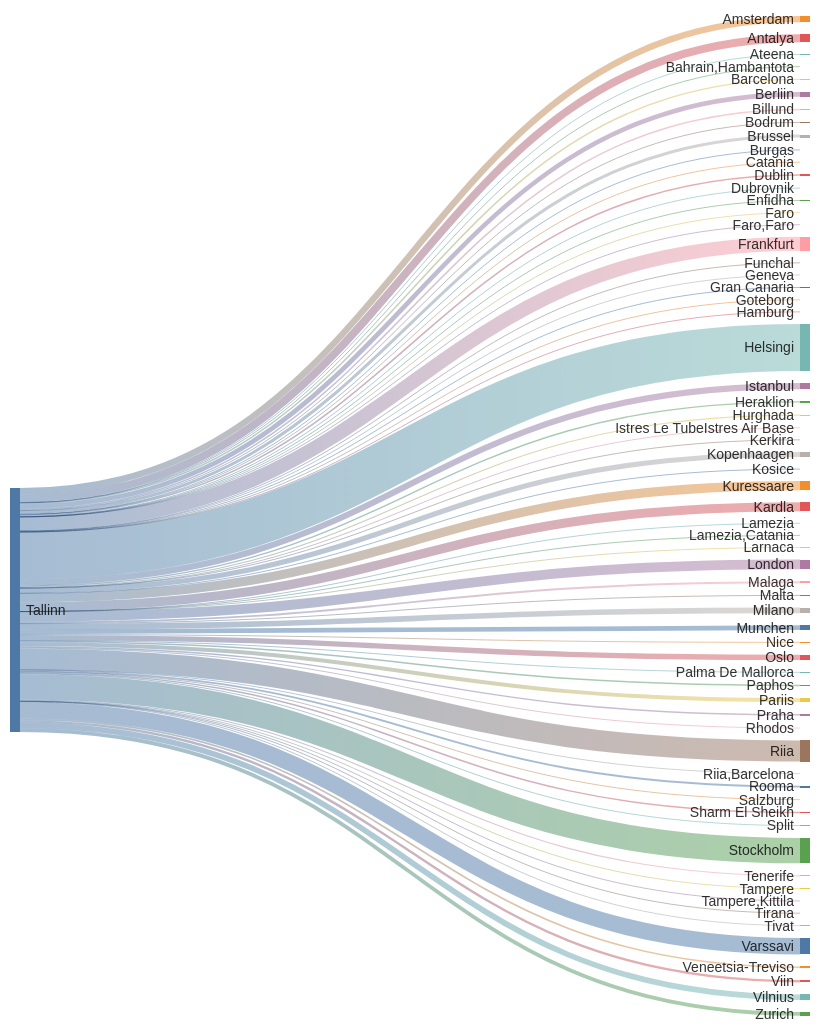
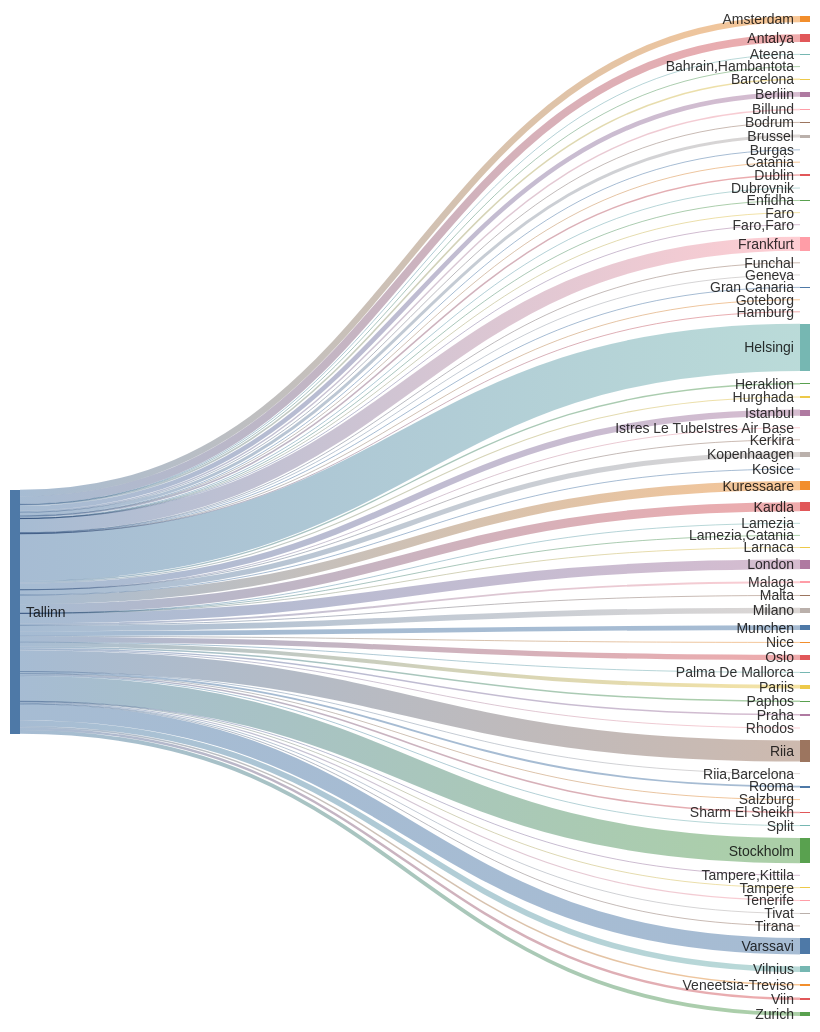
One commit to rainermesi/tll-airport-departures changed the second of 2 diagrams in README.md. Above: the diagram before and after it, drawn with Mermaid. The commit also changed other lines of this file, not shown here.

````diff
--- a/README.md
+++ b/README.md
@@ -34,77 +34,77 @@
 ```mermaid
 ---
 config:
   sankey:
     showValues: false
     width: 800
     height: 1000
 ---
 sankey-beta
 %% source,target,value
-Tallinn,Amsterdam,217
+Tallinn,Amsterdam,218
 Tallinn,Antalya,264
 Tallinn,Ateena,16
 Tallinn,"Bahrain,Hambantota",1
-Tallinn,Barcelona,50
+Tallinn,Barcelona,51
 Tallinn,Berliin,158
 Tallinn,Billund,49
 Tallinn,Bodrum,11
 Tallinn,Brussel,101
 Tallinn,Burgas,21
 Tallinn,Catania,2
 Tallinn,Dublin,52
 Tallinn,Dubrovnik,21
 Tallinn,Enfidha,7
 Tallinn,Faro,4
 Tallinn,"Faro,Faro",1
-Tallinn,Frankfurt,473
+Tallinn,Frankfurt,475
 Tallinn,Funchal,5
 Tallinn,Geneva,5
 Tallinn,Gran Canaria,25
 Tallinn,Goteborg,1
 Tallinn,Hamburg,1
-Tallinn,Helsingi,1594
+Tallinn,Helsingi,1603
 Tallinn,Heraklion,46
 Tallinn,Hurghada,37
-Tallinn,Istanbul,208
+Tallinn,Istanbul,209
 Tallinn,Istres Le TubeIstres Air Base,2
 Tallinn,Kerkira,4
 Tallinn,Kopenhaagen,175
 Tallinn,Kosice,1
-Tallinn,Kuressaare,307
-Tallinn,Kardla,307
+Tallinn,Kuressaare,309
+Tallinn,Kardla,309
 Tallinn,Lamezia,1
 Tallinn,"Lamezia,Catania",3
 Tallinn,Larnaca,4
-Tallinn,London,329
+Tallinn,London,331
 Tallinn,Malaga,64
 Tallinn,Malta,15
-Tallinn,Milano,191
-Tallinn,Munchen,159
+Tallinn,Milano,192
+Tallinn,Munchen,160
 Tallinn,Nice,25
 Tallinn,Oslo,180
 Tallinn,Palma De Mallorca,19
 Tallinn,Paphos,51
 Tallinn,Pariis,133
 Tallinn,Praha,49
 Tallinn,Rhodos,32
-Tallinn,Riia,713
+Tallinn,Riia,716
 Tallinn,"Riia,Barcelona",1
 Tallinn,Rooma,64
 Tallinn,Salzburg,6
-Tallinn,Sharm El Sheikh,51
+Tallinn,Sharm El Sheikh,53
 Tallinn,Split,25
-Tallinn,Stockholm,854
+Tallinn,Stockholm,856
 Tallinn,Tampere,17
 Tallinn,"Tampere,Kittila",6
 Tallinn,Tenerife,38
 Tallinn,Tirana,8
 Tallinn,Tivat,26
-Tallinn,Varssavi,551
+Tallinn,Varssavi,554
 Tallinn,Veneetsia-Treviso,52
 Tallinn,Viin,83
-Tallinn,Vilnius,191
+Tallinn,Vilnius,193
 Tallinn,Zurich,129
 
 
 ```
````
